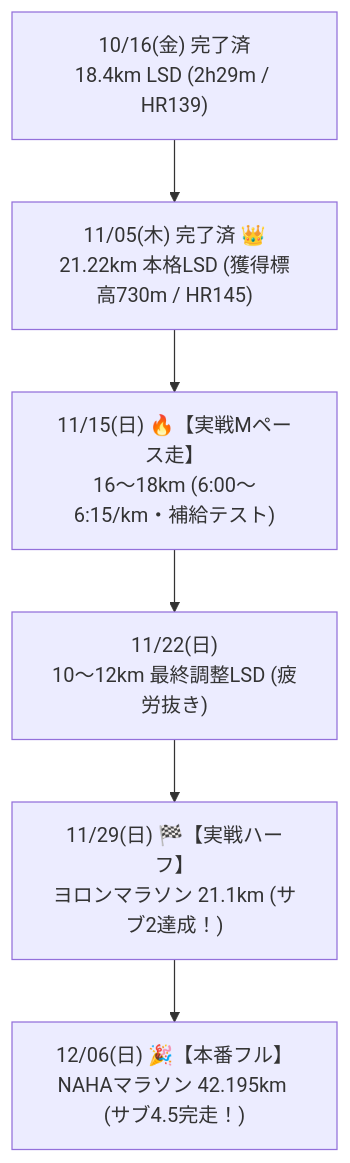
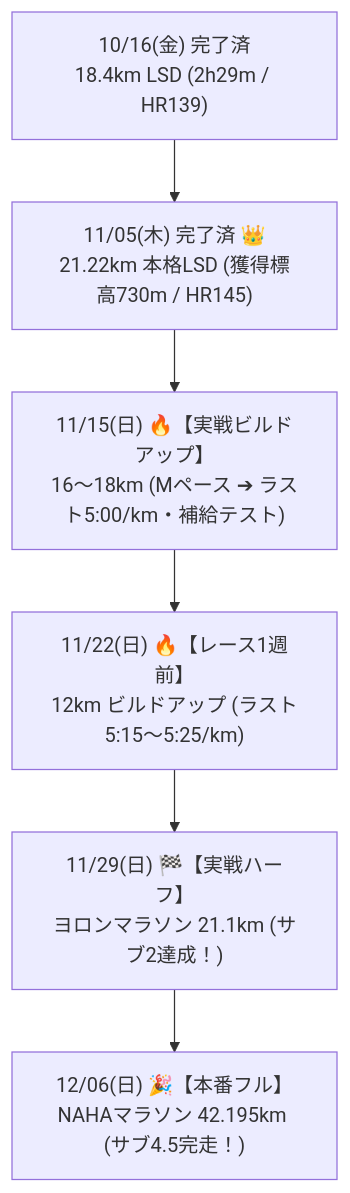
One commit to nem6ishi/running_analytics changed the diagram in docs/TRAINING_PLAN_2026.md. Above: the diagram before and after it, drawn with Mermaid. The commit also changed other lines of this file and 2 other files, not shown here.

````diff
--- a/docs/TRAINING_PLAN_2026.md
+++ b/docs/TRAINING_PLAN_2026.md
@@ -31,8 +31,8 @@
 ```mermaid
 flowchart TD
     L1["10/16(金) 完了済<br/>18.4km LSD (2h29m / HR139)"] --> L2["11/05(木) 完了済 👑<br/>21.22km 本格LSD (獲得標高730m / HR145)"]
-    L2 --> L3["11/15(日) 🔥【実戦Mペース走】<br/>16〜18km (6:00〜6:15/km・補給テスト)"]
-    L3 --> L4["11/22(日)<br/>10〜12km 最終調整LSD (疲労抜き)"]
+    L2 --> L3["11/15(日) 🔥【実戦ビルドアップ】<br/>16〜18km (Mペース ➔ ラスト5:00/km・補給テスト)"]
+    L3 --> L4["11/22(日) 🔥【レース1週前】<br/>12km ビルドアップ (ラスト5:15〜5:25/km)"]
     L4 --> L5["11/29(日) 🏁【実戦ハーフ】<br/>ヨロンマラソン 21.1km (サブ2達成！)"]
     L5 --> L6["12/06(日) 🎉【本番フル】<br/>NAHAマラソン 42.195km (サブ4.5完走！)"]
 ```
````
